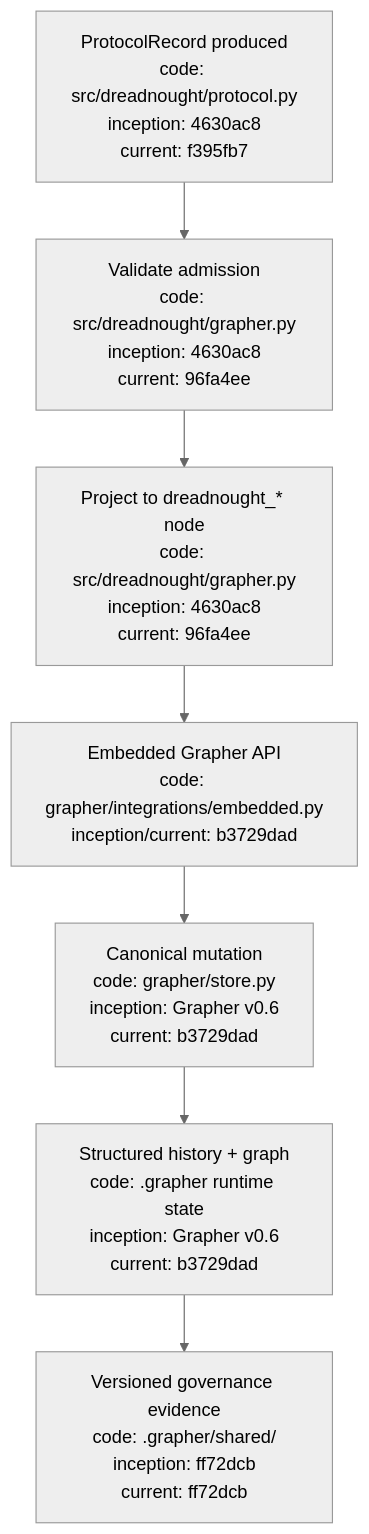
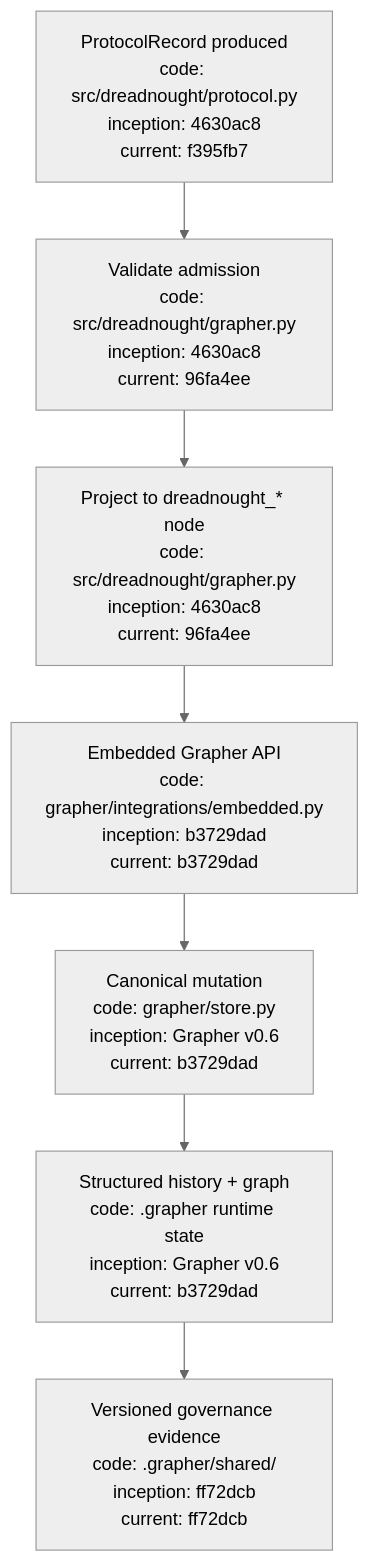
Before and after one commit to seanbman/dreadnought: the second of 2 diagrams in docs/GRAPHER_INTEGRATION.md, drawn with Mermaid (neutral theme). The commit also changed other lines of this file, not shown here.

Commit message:
Add Grapher integration document index

````diff
--- a/docs/GRAPHER_INTEGRATION.md
+++ b/docs/GRAPHER_INTEGRATION.md
@@ -32,9 +41,9 @@
 ```mermaid
 flowchart TD
     P[ProtocolRecord produced\ncode: src/dreadnought/protocol.py\ninception: 4630ac8\ncurrent: f395fb7] --> V[Validate admission\ncode: src/dreadnought/grapher.py\ninception: 4630ac8\ncurrent: 96fa4ee]
     V --> X[Project to dreadnought_* node\ncode: src/dreadnought/grapher.py\ninception: 4630ac8\ncurrent: 96fa4ee]
-    X --> E[Embedded Grapher API\ncode: grapher/integrations/embedded.py\ninception/current: b3729dad]
+    X --> E[Embedded Grapher API\ncode: grapher/integrations/embedded.py\ninception: b3729dad\ncurrent: b3729dad]
     E --> M[Canonical mutation\ncode: grapher/store.py\ninception: Grapher v0.6\ncurrent: b3729dad]
     M --> H[Structured history + graph\ncode: .grapher runtime state\ninception: Grapher v0.6\ncurrent: b3729dad]
     H --> S[Versioned governance evidence\ncode: .grapher/shared/\ninception: ff72dcb\ncurrent: ff72dcb]
 ```
````
